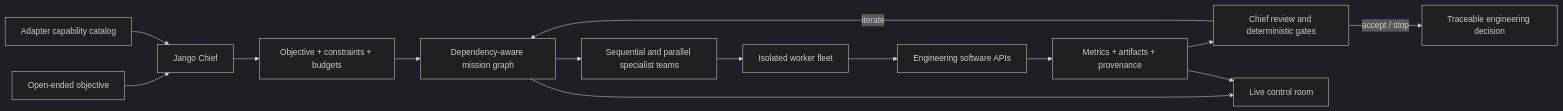
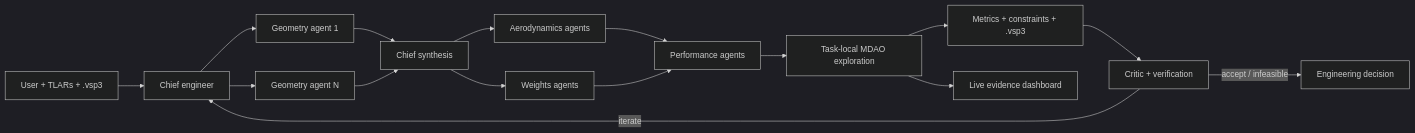
Before and after one commit to hugoooc/Jango-AGI: the diagram in README.md, drawn with Mermaid (dark theme). The commit also changed other lines of this file and 31 other files, not shown here.

Commit message:
Build task-native autonomous Jango Chief Engineer

````diff
--- a/README.md
+++ b/README.md
@@ -33,16 +22,18 @@
 ```mermaid
 flowchart LR
-    User["Open-ended objective"] --> Jango["Jango Chief"]
-    Catalog["Adapter capability catalog"] --> Jango
-    Jango --> Contract["Objective + constraints + budgets"]
-    Contract --> Plan["Dependency-aware mission graph"]
-    Plan --> Teams["Sequential and parallel specialist teams"]
-    Teams --> Fleet["Isolated worker fleet"]
-    Fleet --> APIs["Engineering software APIs"]
-    APIs --> Evidence["Metrics + artifacts + provenance"]
-    Evidence --> Review["Chief review and deterministic gates"]
-    Review -->|iterate| Plan
-    Review -->|accept / stop| Result["Traceable engineering decision"]
-    Plan --> UI["Live control room"]
-    Evidence --> UI
+    U["User + TLARs + .vsp3"] --> C["Chief engineer"]
+    C --> G1["Geometry agent 1"]
+    C --> G2["Geometry agent N"]
+    G1 --> SYN["Chief synthesis"]
+    G2 --> SYN
+    SYN --> A["Aerodynamics agents"]
+    SYN --> W["Weights agents"]
+    A --> P["Performance agents"]
+    W --> P
+    P --> M["Task-local MDAO exploration"]
+    M --> E["Metrics + constraints + .vsp3"]
+    E --> V["Critic + verification"]
+    V -->|iterate| C
+    V -->|accept / infeasible| R["Engineering decision"]
+    M --> D["Live evidence dashboard"]
 ```
````
